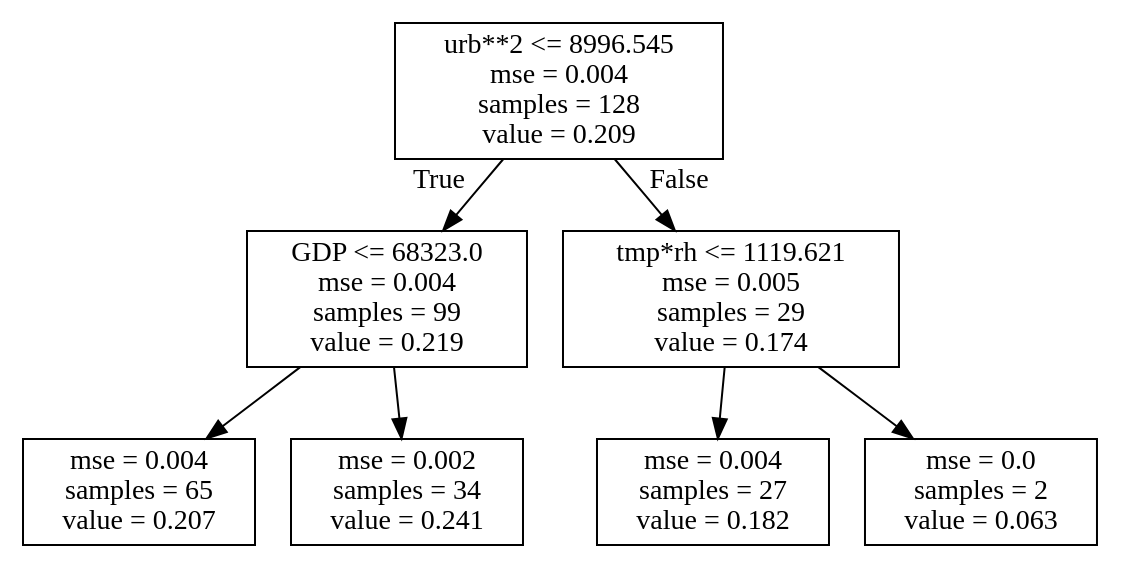
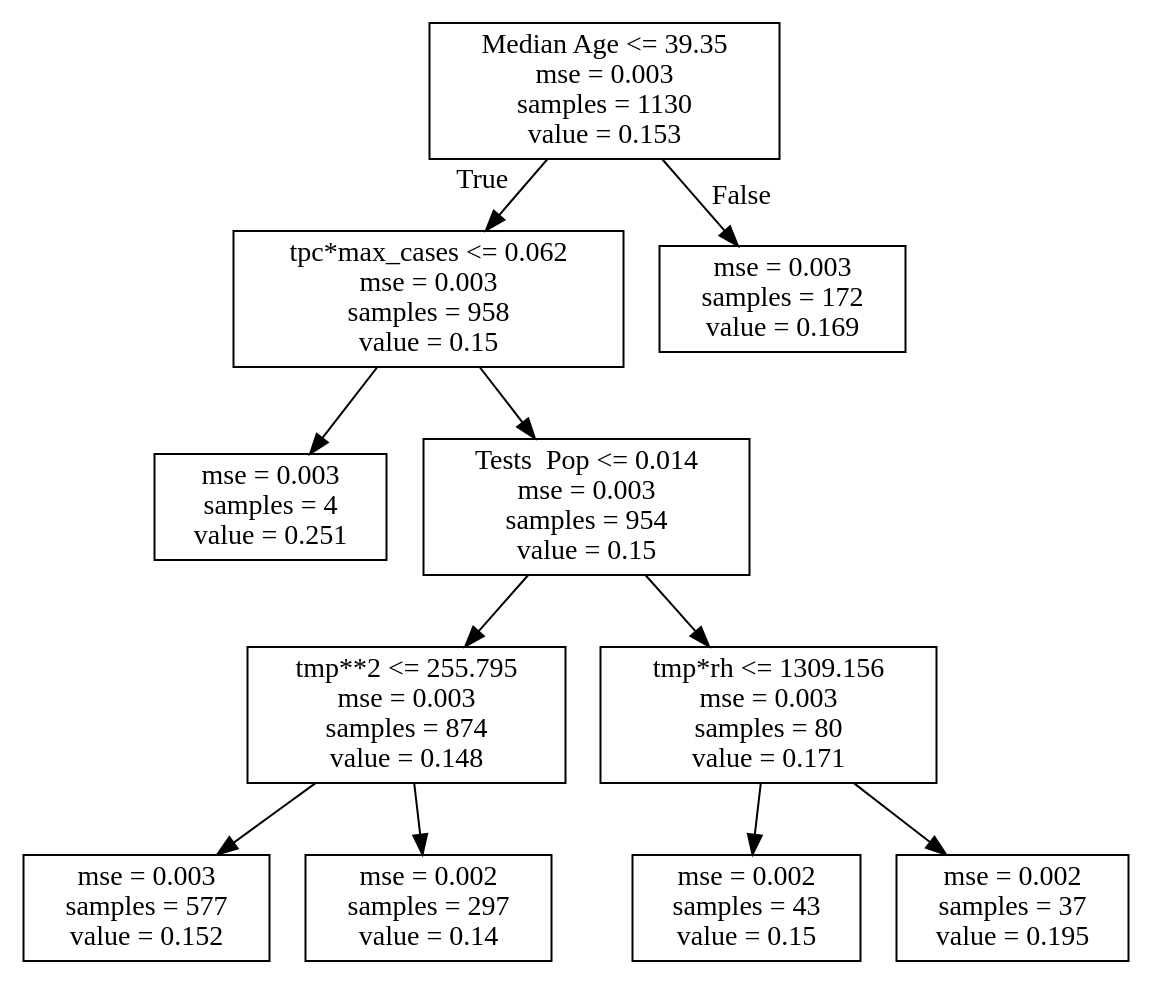
One commit to hopl1t/covid19 changed the diagram in products/decision_tree/decision_tree_first_7_run1.dot. Above: the diagram before and after it, drawn with Graphviz. The commit also changed 55 other files, not shown here.

```diff
--- a/products/decision_tree/decision_tree_first_7_run1.dot
+++ b/products/decision_tree/decision_tree_first_7_run1.dot
@@ -1,16 +1,24 @@
 digraph Tree {
 node [shape=box] ;
-0 [label="urb**2 <= 8996.545\nmse = 0.004\nsamples = 128\nvalue = 0.209"] ;
-1 [label="GDP <= 68323.0\nmse = 0.004\nsamples = 99\nvalue = 0.219"] ;
+0 [label="Median Age <= 39.35\nmse = 0.003\nsamples = 1130\nvalue = 0.153"] ;
+1 [label="tpc*max_cases <= 0.062\nmse = 0.003\nsamples = 958\nvalue = 0.15"] ;
 0 -> 1 [labeldistance=2.5, labelangle=45, headlabel="True"] ;
-2 [label="mse = 0.004\nsamples = 65\nvalue = 0.207"] ;
+2 [label="mse = 0.003\nsamples = 4\nvalue = 0.251"] ;
 1 -> 2 ;
-3 [label="mse = 0.002\nsamples = 34\nvalue = 0.241"] ;
+3 [label="Tests \ Pop <= 0.014\nmse = 0.003\nsamples = 954\nvalue = 0.15"] ;
 1 -> 3 ;
-4 [label="tmp*rh <= 1119.621\nmse = 0.005\nsamples = 29\nvalue = 0.174"] ;
-0 -> 4 [labeldistance=2.5, labelangle=-45, headlabel="False"] ;
-5 [label="mse = 0.004\nsamples = 27\nvalue = 0.182"] ;
+4 [label="tmp**2 <= 255.795\nmse = 0.003\nsamples = 874\nvalue = 0.148"] ;
+3 -> 4 ;
+5 [label="mse = 0.003\nsamples = 577\nvalue = 0.152"] ;
 4 -> 5 ;
-6 [label="mse = 0.0\nsamples = 2\nvalue = 0.063"] ;
+6 [label="mse = 0.002\nsamples = 297\nvalue = 0.14"] ;
 4 -> 6 ;
+7 [label="tmp*rh <= 1309.156\nmse = 0.003\nsamples = 80\nvalue = 0.171"] ;
+3 -> 7 ;
+8 [label="mse = 0.002\nsamples = 43\nvalue = 0.15"] ;
+7 -> 8 ;
+9 [label="mse = 0.002\nsamples = 37\nvalue = 0.195"] ;
+7 -> 9 ;
+10 [label="mse = 0.003\nsamples = 172\nvalue = 0.169"] ;
+0 -> 10 [labeldistance=2.5, labelangle=-45, headlabel="False"] ;
 }
```
